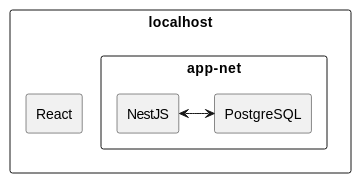
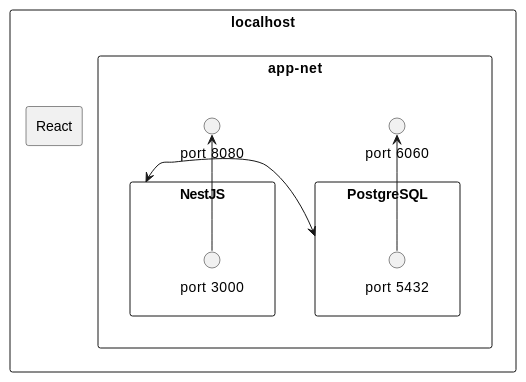
The diagram in docs/README.adoc (eprei/42_ft_transcendence), drawn with PlantUML before and after one commit. The commit also changed 2 other files, not shown here.

Commit message:
docs: diagram add port

```diff
--- a/docs/README.adoc
+++ b/docs/README.adoc
@@ -6,12 +6,20 @@
 [plantuml, target=assets/docker, format=svg, width=100%]
 ....
 rectangle localhost {
 	rectangle app-net {
-		rectangle NestJS
-		rectangle PostgreSQL
+		rectangle NestJS {
+			interface "port 3000" as portin_nest
+		}
+		rectangle PostgreSQL {
+			interface "port 5432" as portin_postgre
+		}
+		interface "port 8080" as portout_nest
+		interface "port 6060" as portout_postgre
 	}
 	rectangle React
 }
 
-NestJS <-> PostgreSQL
+portin_nest -up-> portout_nest
+portin_postgre -up-> portout_postgre
+NestJS <-le-> PostgreSQL
 ....
```
